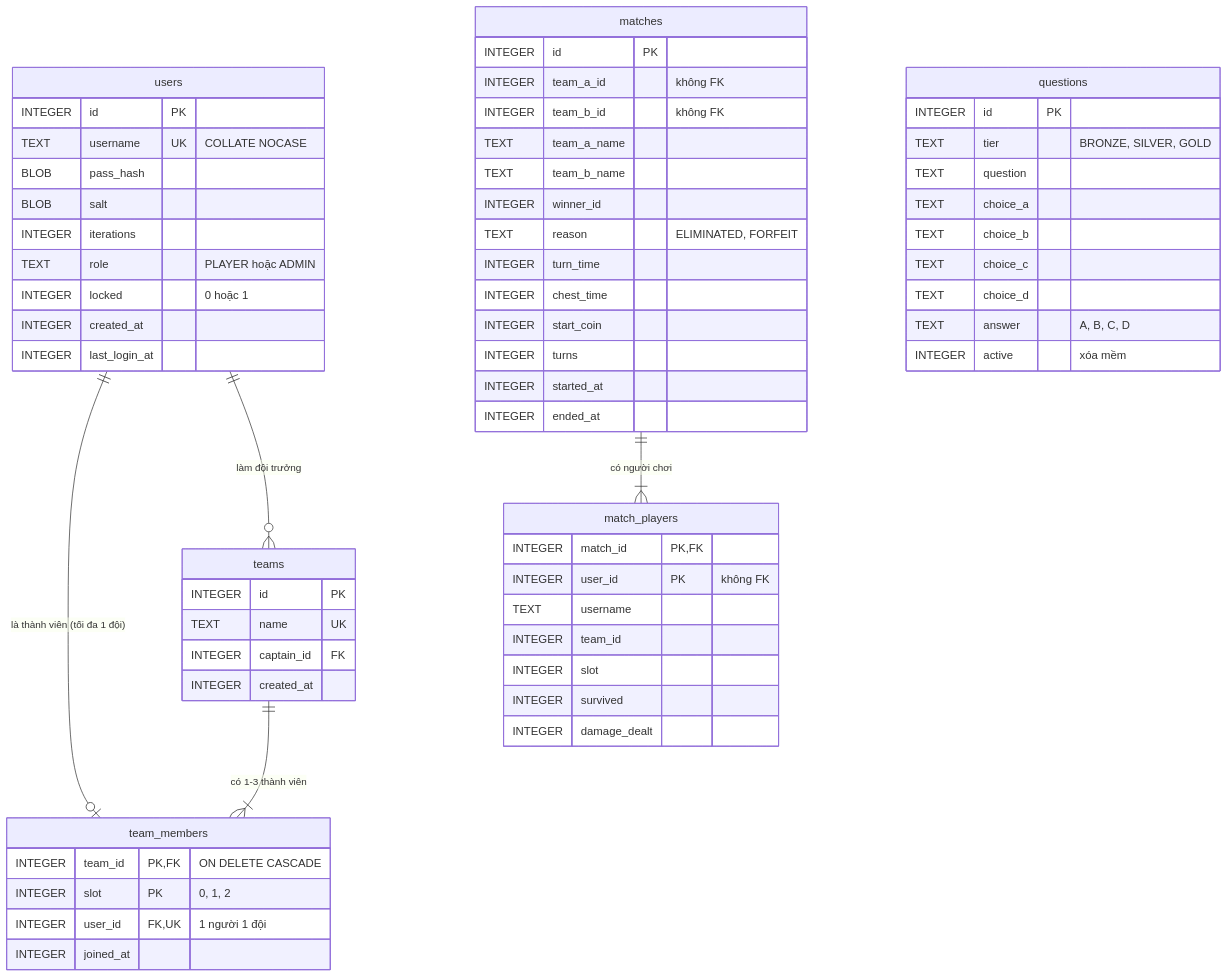
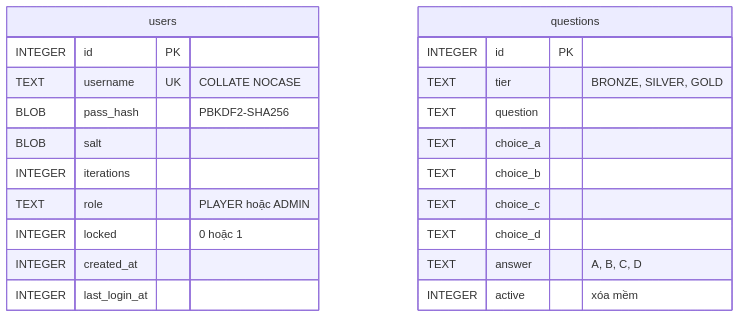
The diagram in Project/docs/design/diagrams/database-er.md (dson19/network), drawn with Mermaid before and after one commit. The commit also changed 14 other files, not shown here.

````diff
--- a/Project/docs/design/diagrams/database-er.md
+++ b/Project/docs/design/diagrams/database-er.md
@@ -5,66 +7,25 @@
 ```mermaid
 erDiagram
-    users ||--o| team_members : "là thành viên (tối đa 1 đội)"
-    teams ||--|{ team_members : "có 1-3 thành viên"
-    users ||--o{ teams : "làm đội trưởng"
-    matches ||--|{ match_players : "có người chơi"
-
     users {
         INTEGER id PK
         TEXT username UK "COLLATE NOCASE"
-        BLOB pass_hash
+        BLOB pass_hash "PBKDF2-SHA256"
         BLOB salt
         INTEGER iterations
         TEXT role "PLAYER hoặc ADMIN"
         INTEGER locked "0 hoặc 1"
         INTEGER created_at
         INTEGER last_login_at
-    }
-    teams {
-        INTEGER id PK
-        TEXT name UK
-        INTEGER captain_id FK
-        INTEGER created_at
-    }
-    team_members {
-        INTEGER team_id PK,FK "ON DELETE CASCADE"
-        INTEGER slot PK "0, 1, 2"
-        INTEGER user_id FK,UK "1 người 1 đội"
-        INTEGER joined_at
     }
     questions {
         INTEGER id PK
         TEXT tier "BRONZE, SILVER, GOLD"
         TEXT question
         TEXT choice_a
         TEXT choice_b
         TEXT choice_c
         TEXT choice_d
         TEXT answer "A, B, C, D"
         INTEGER active "xóa mềm"
     }
-    matches {
-        INTEGER id PK
-        INTEGER team_a_id "không FK"
-        INTEGER team_b_id "không FK"
-        TEXT team_a_name
-        TEXT team_b_name
-        INTEGER winner_id
-        TEXT reason "ELIMINATED, FORFEIT"
-        INTEGER turn_time
-        INTEGER chest_time
-        INTEGER start_coin
-        INTEGER turns
-        INTEGER started_at
-        INTEGER ended_at
-    }
-    match_players {
-        INTEGER match_id PK,FK
-        INTEGER user_id PK "không FK"
-        TEXT username
-        INTEGER team_id
-        INTEGER slot
-        INTEGER survived
-        INTEGER damage_dealt
-    }
 ```
````
